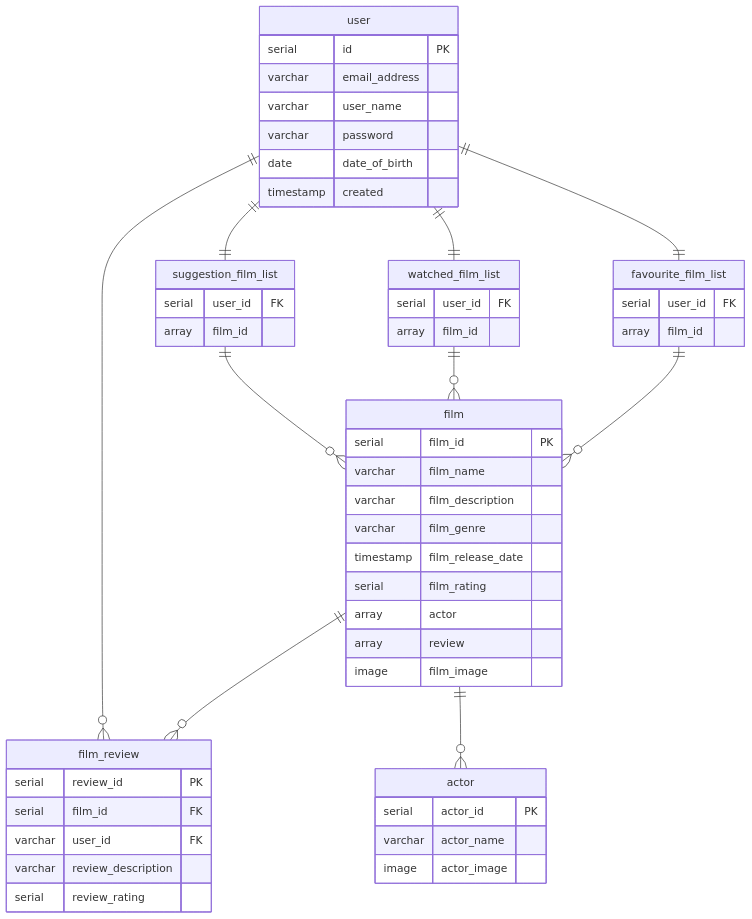
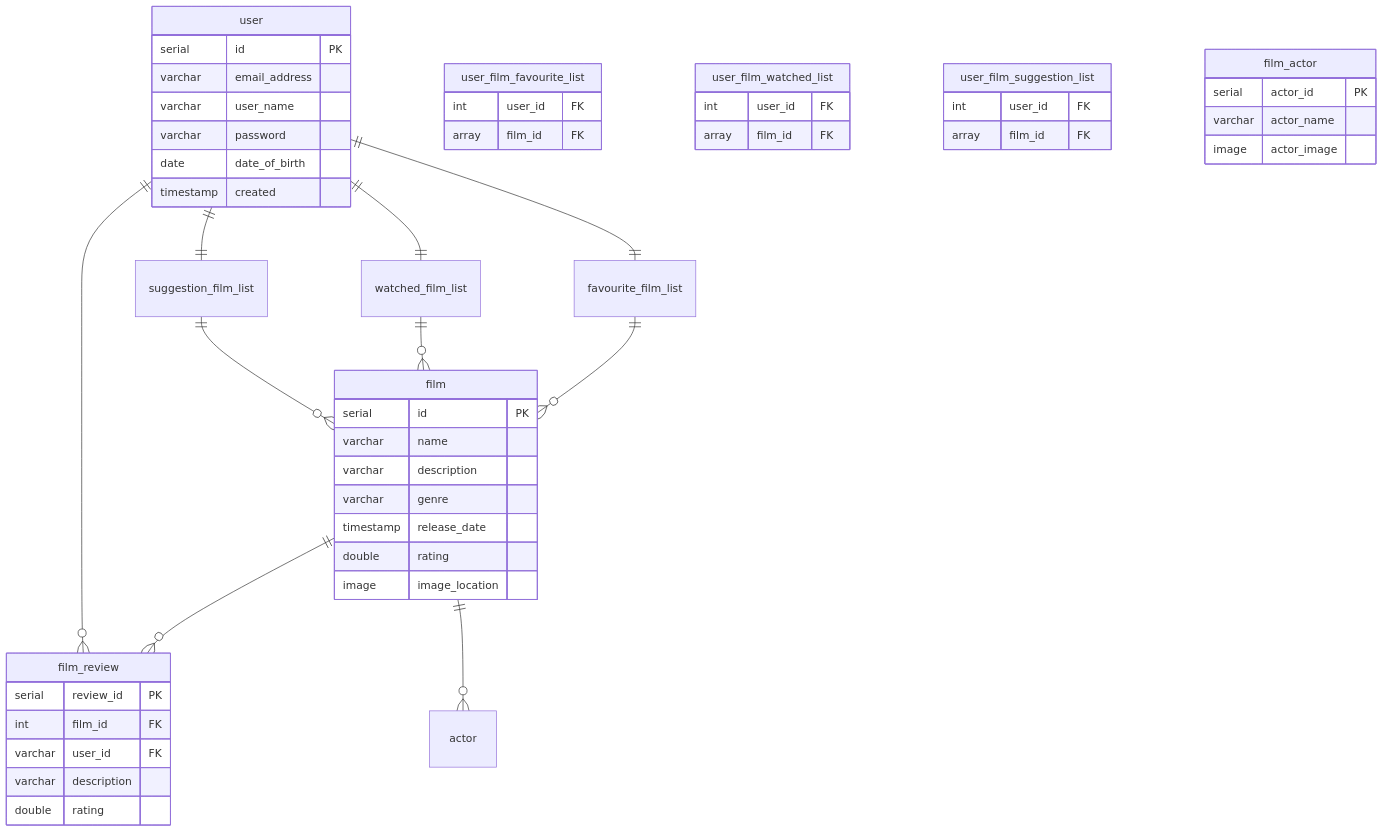
Before and after one commit to Niall96/HeresAFilm: the second of 2 diagrams in README.md, drawn with Mermaid. The commit also changed other lines of this file, not shown here.

````diff
--- a/README.md
+++ b/README.md
@@ -45,56 +44,54 @@
 ```mermaid
 erDiagram 
  user ||--|| favourite_film_list : ""
  user ||--|| suggestion_film_list : ""
  user ||--|| watched_film_list: ""
  favourite_film_list ||--o{ film : ""
  watched_film_list ||--o{ film : ""
  suggestion_film_list ||--o{ film : ""
  film ||--o{ film_review : ""
  film ||--o{ actor : ""
  user ||--o{ film_review : ""
  
  user {
         serial id PK
         varchar email_address
         varchar user_name
         varchar password
         date date_of_birth
         timestamp created
     }
- favourite_film_list {
-                 serial user_id FK
-                 array film_id
+ user_film_favourite_list {
+                 int user_id FK
+                 array film_id FK
               }
- watched_film_list {
-                 serial user_id FK
-                 array film_id
+ user_film_watched_list {
+                 int user_id FK
+                 array film_id FK
               }
- suggestion_film_list {
-                  serial user_id FK
-                  array film_id
+ user_film_suggestion_list {
+                  int user_id FK
+                  array film_id FK
                }
  film {
-      serial film_id PK
-      varchar film_name
-      varchar film_description
-      varchar film_genre
-      timestamp film_release_date
-      serial film_rating
-      array actor
-      array review
-      image film_image
+      serial id PK
+      varchar name
+      varchar description
+      varchar genre
+      timestamp release_date
+      double rating
+      image image_location
       }
  film_review {
              serial review_id PK
-             serial film_id FK
+             int film_id FK
              varchar user_id FK
-             varchar review_description
-             serial review_rating
+             varchar description
+             double rating
            }
- actor {
+ film_actor {
        serial actor_id PK
        varchar actor_name
        image actor_image
      }
 ```
````
